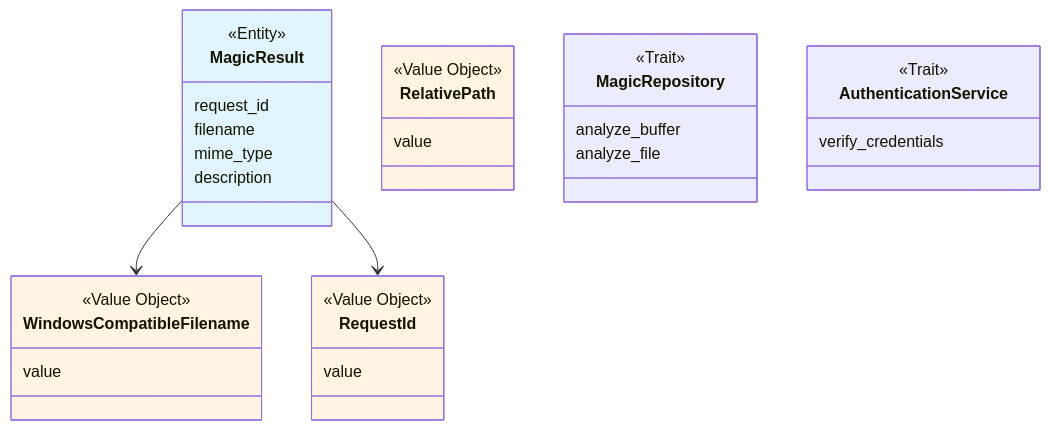
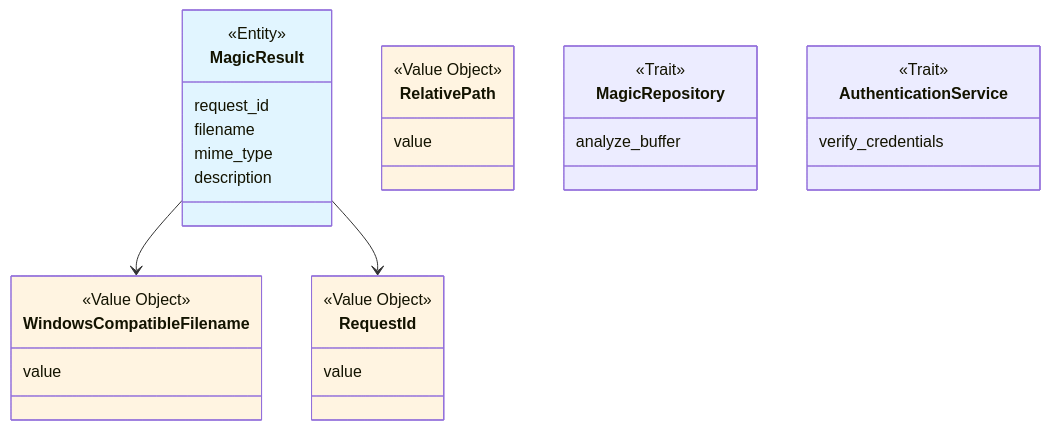
Before and after one commit to photom/magicer: the third of 49 diagrams in docs/explanation/ARCHITECTURE.md, drawn with Mermaid. The commit also changed other lines of this file and 18 other files, not shown here.

````diff
--- a/docs/explanation/ARCHITECTURE.md
+++ b/docs/explanation/ARCHITECTURE.md
@@ -316,44 +316,43 @@
 ```mermaid
 classDiagram
     class MagicResult {
         <<Entity>>
         request_id
         filename
         mime_type
         description
     }
     
     class WindowsCompatibleFilename {
         <<Value Object>>
         value
     }
     
     class RelativePath {
         <<Value Object>>
         value
     }
     
     class RequestId {
         <<Value Object>>
         value
     }
     
     class MagicRepository {
         <<Trait>>
         analyze_buffer
-        analyze_file
     }
     
     class AuthenticationService {
         <<Trait>>
         verify_credentials
     }
     
     MagicResult --> WindowsCompatibleFilename
     MagicResult --> RequestId
     
     style MagicResult fill:#e1f5ff
     style WindowsCompatibleFilename fill:#fff4e1
     style RelativePath fill:#fff4e1
     style RequestId fill:#fff4e1
 ```
````
